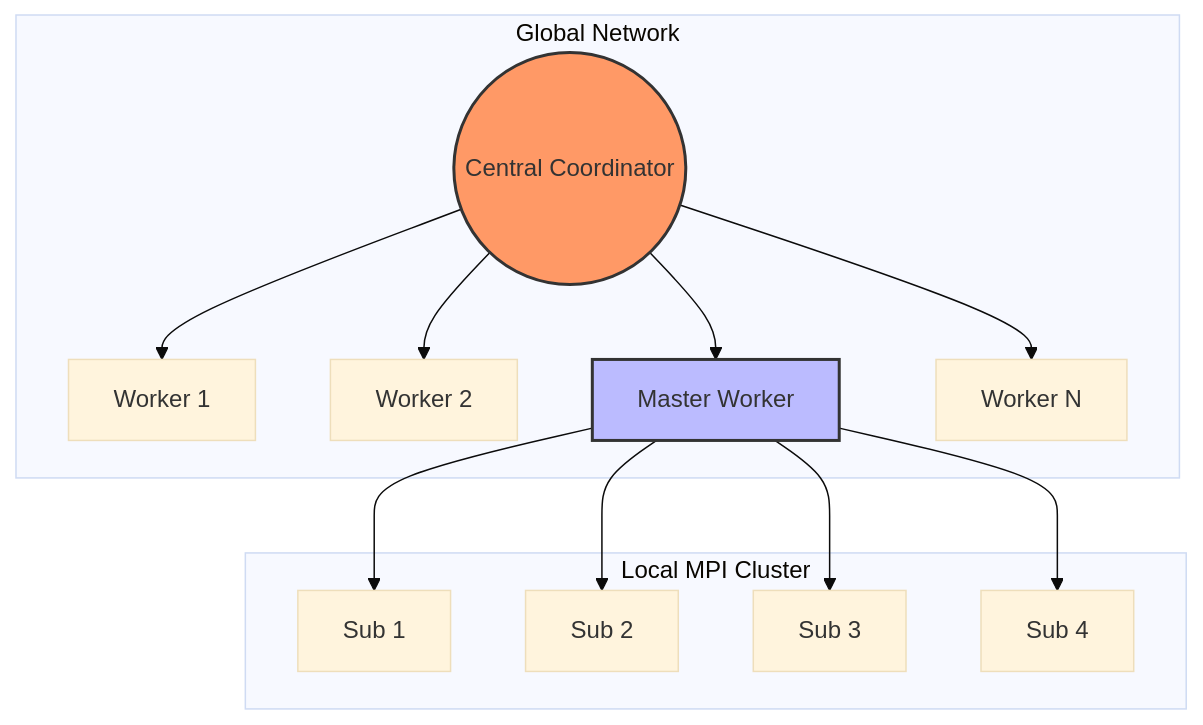
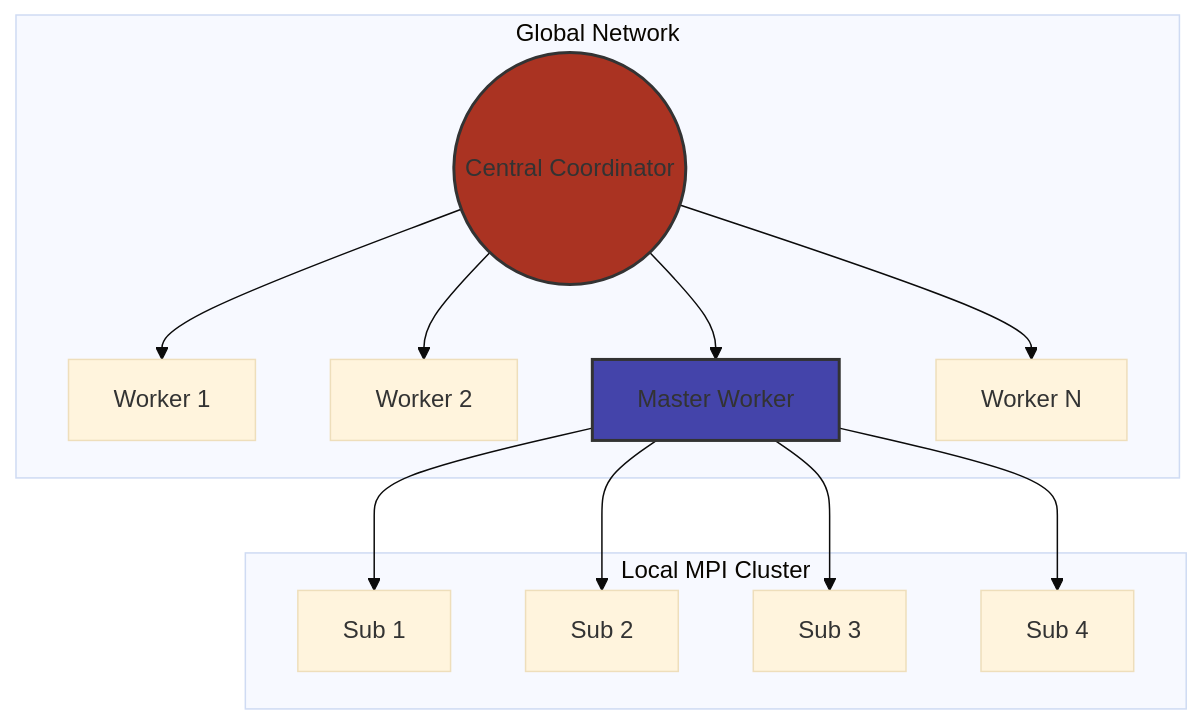
One commit to PolskaKrowa/Distributed-computing-project changed the diagram in README.md. Above: the diagram before and after it, drawn with Mermaid (base theme).

Commit message:
make graph readable

````diff
--- a/README.md
+++ b/README.md
@@ -11,22 +11,22 @@
 ```mermaid
 graph TD
     Coord((Central Coordinator))
     
     subgraph "Global Network"
     Coord --> W1[Worker 1]
     Coord --> W2[Worker 2]
     Coord --> MW[Master Worker]
     Coord --> WN[Worker N]
     end
 
     subgraph "Local MPI Cluster"
     MW --> S1[Sub 1]
     MW --> S2[Sub 2]
     MW --> S3[Sub 3]
     MW --> S4[Sub 4]
     end
 
-    style Coord fill:#f96,stroke:#333,stroke-width:2px
-    style MW fill:#bbf,stroke:#333,stroke-width:2px
+    style Coord fill:#a32,stroke:#333,stroke-width:2px
+    style MW fill:#44a,stroke:#333,stroke-width:2px
 
 ```
````
